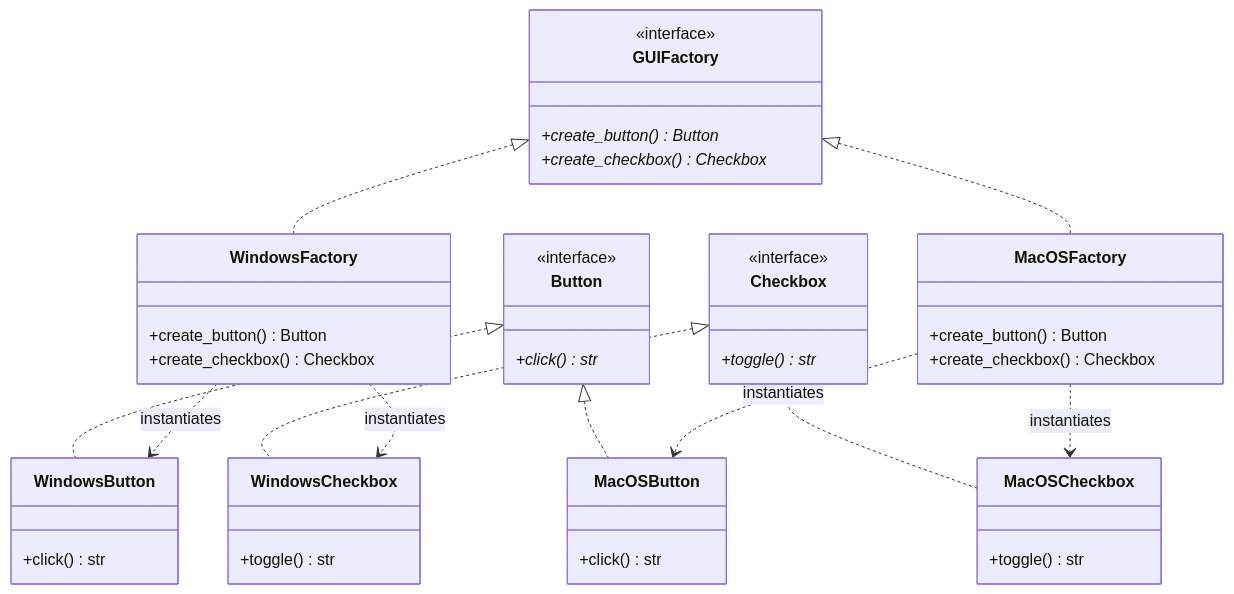
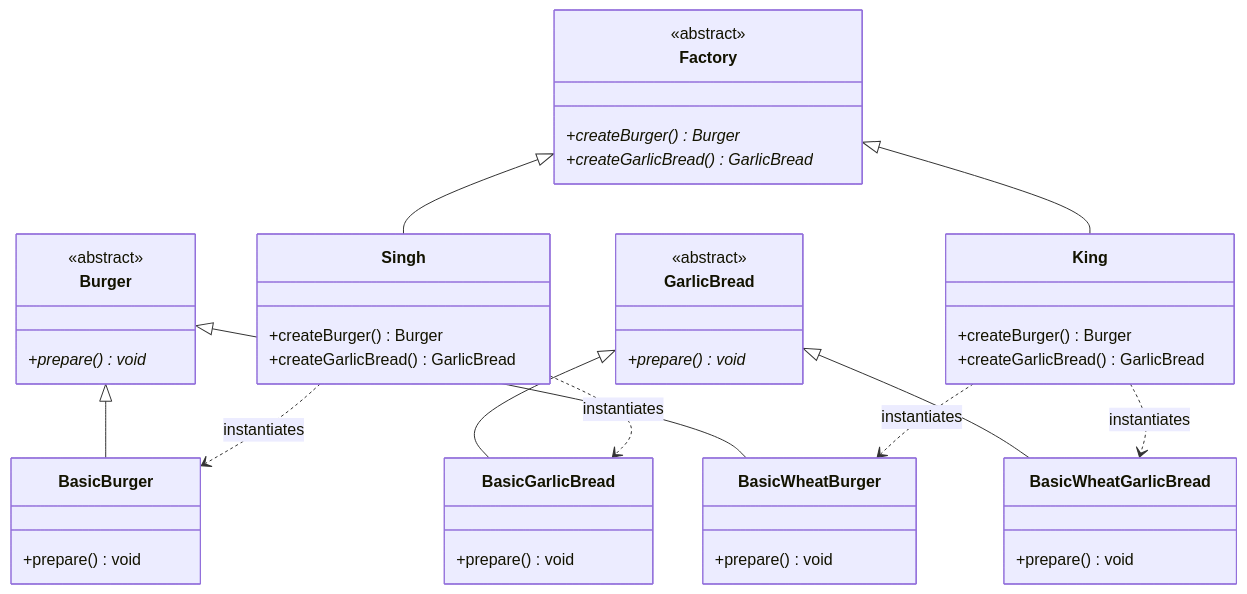
Before and after one commit to Kanai2003/path-to-sde2: the sixth of 7 diagrams in notes/System Design/LLD/6-Design-patterns/2-Creational Patterns/Factory.md, drawn with Mermaid. The commit also changed other lines of this file, not shown here.

Commit message:
docs: update class diagram syntax and append conceptual ER diagrams to Factory design pattern notes

````diff
--- a/notes/System Design/LLD/6-Design-patterns/2-Creational Patterns/Factory.md
+++ b/notes/System Design/LLD/6-Design-patterns/2-Creational Patterns/Factory.md
@@ -166,48 +295,50 @@
 ```mermaid
 classDiagram
-    class GUIFactory {
-        <<interface>>
-        +create_button()* Button
-        +create_checkbox()* Checkbox
+    class Burger {
+        <<abstract>>
+        +prepare() void*
     }
-    class WindowsFactory {
-        +create_button() Button
-        +create_checkbox() Checkbox
+    class BasicBurger {
+        +prepare() void
     }
-    class MacOSFactory {
-        +create_button() Button
-        +create_checkbox() Checkbox
+    class BasicWheatBurger {
+        +prepare() void
     }
-    class Button {
-        <<interface>>
-        +click()* str
+    class GarlicBread {
+        <<abstract>>
+        +prepare() void*
     }
-    class WindowsButton {
-        +click() str
+    class BasicGarlicBread {
+        +prepare() void
     }
-    class MacOSButton {
-        +click() str
+    class BasicWheatGarlicBread {
+        +prepare() void
     }
-    class Checkbox {
-        <<interface>>
-        +toggle()* str
+    class Factory {
+        <<abstract>>
+        +createBurger() Burger*
+        +createGarlicBread() GarlicBread*
     }
-    class WindowsCheckbox {
-        +toggle() str
+    class Singh {
+        +createBurger() Burger
+        +createGarlicBread() GarlicBread
     }
-    class MacOSCheckbox {
-        +toggle() str
+    class King {
+        +createBurger() Burger
+        +createGarlicBread() GarlicBread
     }
 
-    GUIFactory <|.. WindowsFactory
-    GUIFactory <|.. MacOSFactory
-    Button <|.. WindowsButton
-    Button <|.. MacOSButton
-    Checkbox <|.. WindowsCheckbox
-    Checkbox <|.. MacOSCheckbox
+    Burger <|-- BasicBurger
+    Burger <|-- BasicWheatBurger
+    GarlicBread <|-- BasicGarlicBread
+    GarlicBread <|-- BasicWheatGarlicBread
 
-    WindowsFactory ..> WindowsButton : instantiates
-    WindowsFactory ..> WindowsCheckbox : instantiates
-    MacOSFactory ..> MacOSButton : instantiates
-    MacOSFactory ..> MacOSCheckbox : instantiates
+    Factory <|-- Singh
+    Factory <|-- King
+
+    Singh ..> BasicBurger : instantiates
+    Singh ..> BasicGarlicBread : instantiates
+
+    King ..> BasicWheatBurger : instantiates
+    King ..> BasicWheatGarlicBread : instantiates
 ```
````
